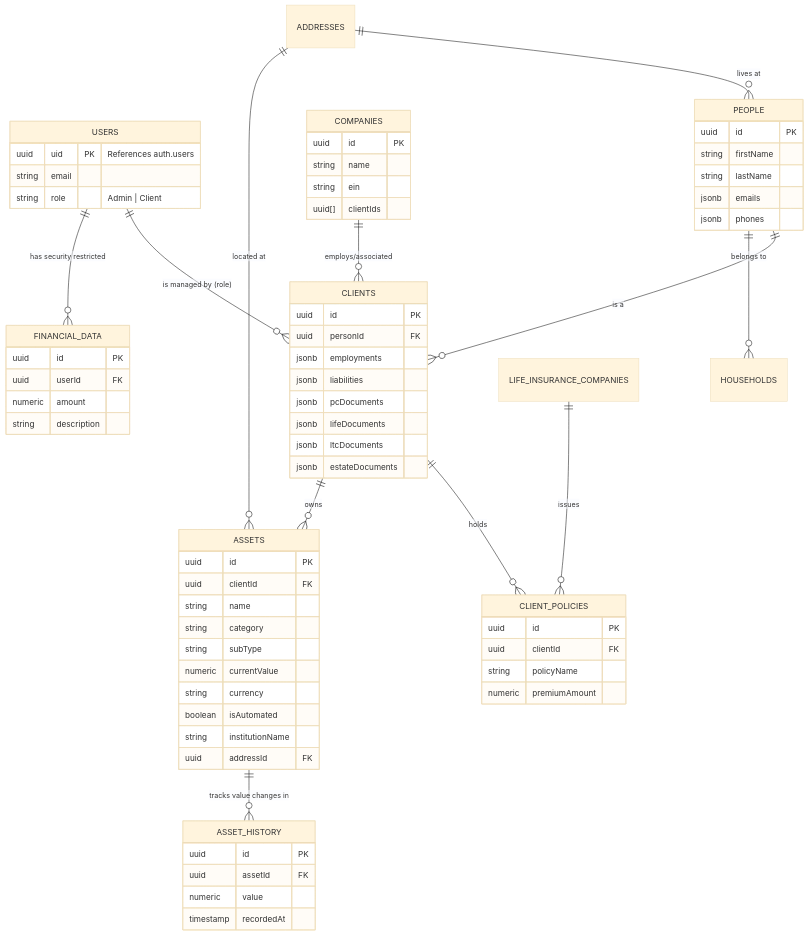
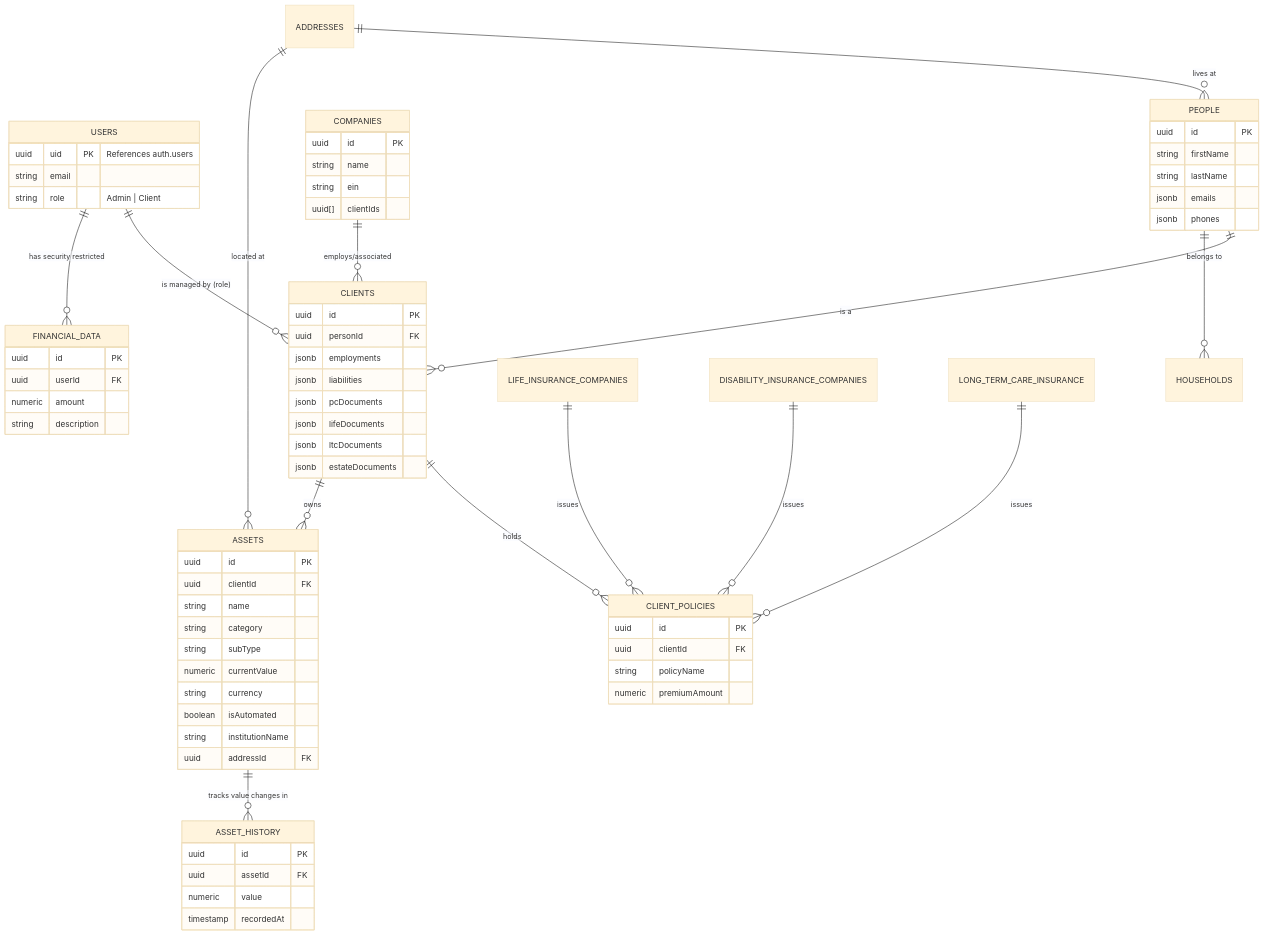
The diagram in docs/database.md (bereanadvisorgroup/prestige-box), drawn with Mermaid (base theme) before and after one commit. The commit also changed other lines of this file and 2 other files, not shown here.

````diff
--- a/docs/database.md
+++ b/docs/database.md
@@ -9,73 +9,75 @@
 ```mermaid
 erDiagram
     USERS ||--o{ CLIENTS : "is managed by (role)"
     USERS ||--o{ FINANCIAL_DATA : "has security restricted"
     PEOPLE ||--o{ CLIENTS : "is a"
     PEOPLE ||--o{ HOUSEHOLDS : "belongs to"
     ADDRESSES ||--o{ PEOPLE : "lives at"
     COMPANIES ||--o{ CLIENTS : "employs/associated"
     CLIENTS ||--o{ CLIENT_POLICIES : "holds"
     LIFE_INSURANCE_COMPANIES ||--o{ CLIENT_POLICIES : "issues"
+    DISABILITY_INSURANCE_COMPANIES ||--o{ CLIENT_POLICIES : "issues"
+    LONG_TERM_CARE_INSURANCE ||--o{ CLIENT_POLICIES : "issues"
     CLIENTS ||--o{ ASSETS : "owns"
     ADDRESSES ||--o{ ASSETS : "located at"
     ASSETS ||--o{ ASSET_HISTORY : "tracks value changes in"
     
     USERS {
         uuid uid PK "References auth.users"
         string email
         string role "Admin | Client"
     }
     PEOPLE {
         uuid id PK
         string firstName
         string lastName
         jsonb emails
         jsonb phones
     }
     CLIENTS {
         uuid id PK
         uuid personId FK
         jsonb employments
         jsonb liabilities
         jsonb pcDocuments
         jsonb lifeDocuments
         jsonb ltcDocuments
         jsonb estateDocuments
     }
     COMPANIES {
         uuid id PK
         string name
         string ein
         uuid[] clientIds
     }
     CLIENT_POLICIES {
         uuid id PK
         uuid clientId FK
         string policyName
         numeric premiumAmount
     }
     ASSETS {
         uuid id PK
         uuid clientId FK
         string name
         string category
         string subType
         numeric currentValue
         string currency
         boolean isAutomated
         string institutionName
         uuid addressId FK
     }
     ASSET_HISTORY {
         uuid id PK
         uuid assetId FK
         numeric value
         timestamp recordedAt
     }
     FINANCIAL_DATA {
         uuid id PK
         uuid userId FK
         numeric amount
         string description
     }
 ```
````
